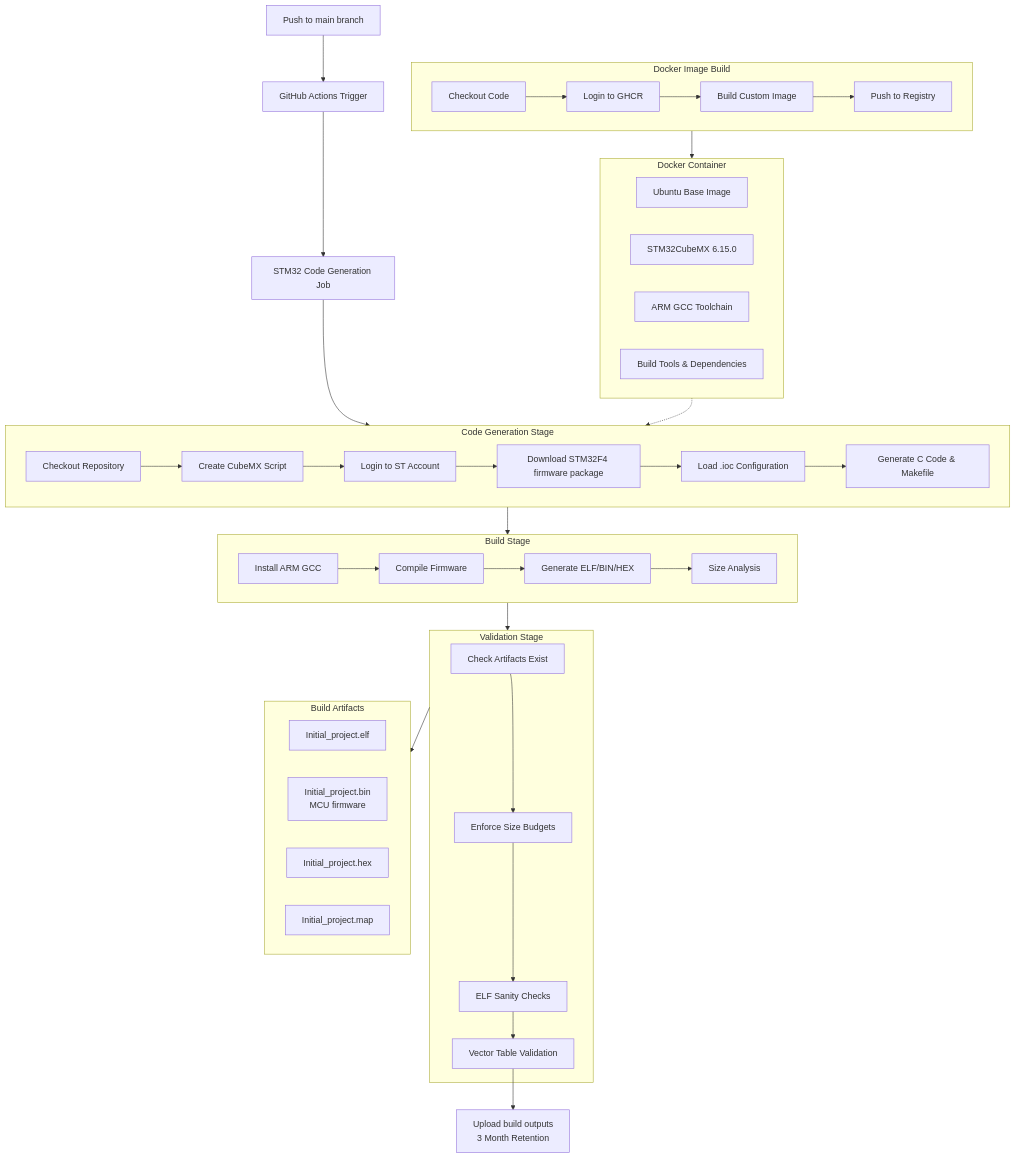
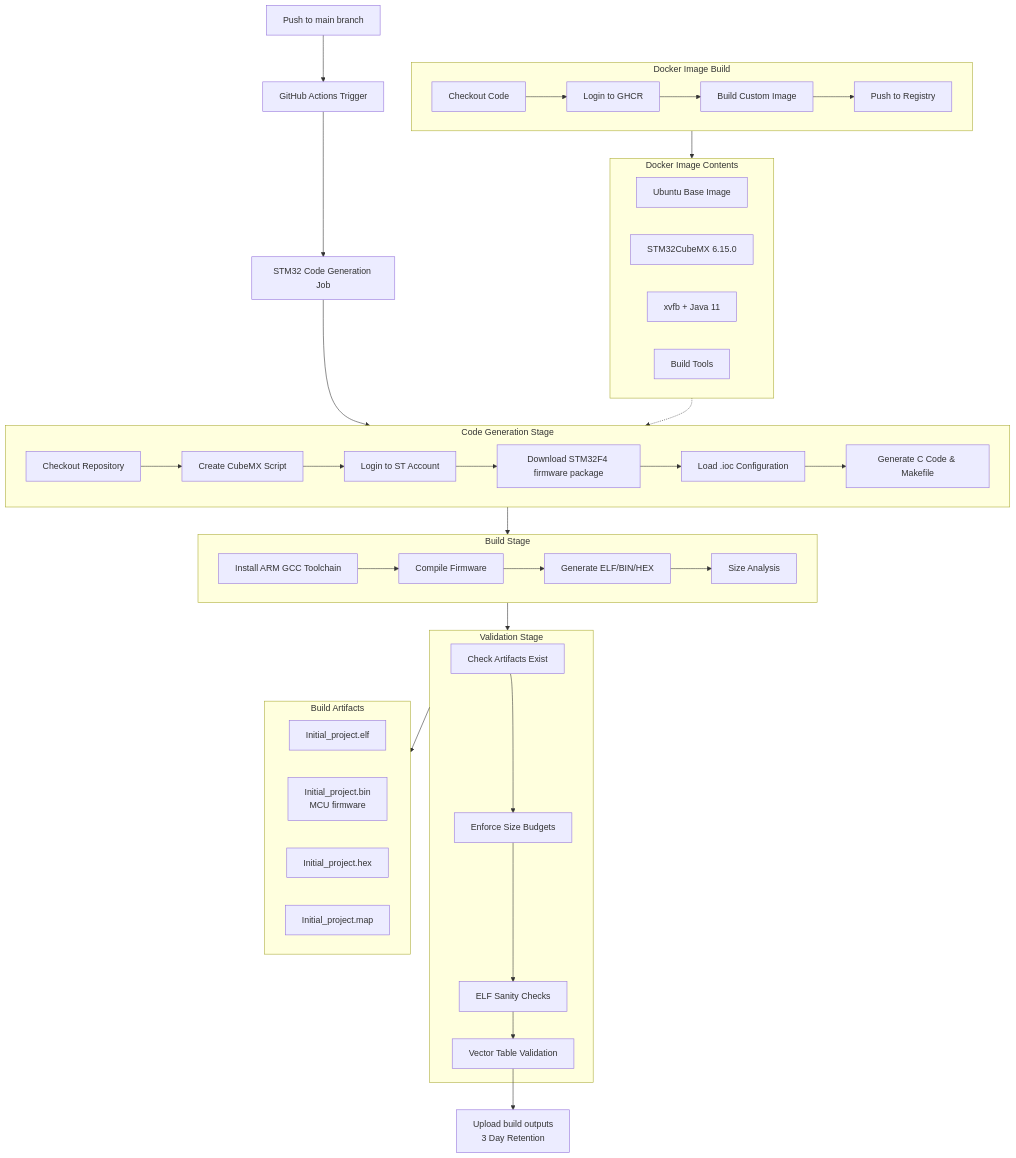
The diagram in .github/workflows/README.md (Torchikaii/STM32-AWS), drawn with Mermaid before and after one commit. The commit also changed other lines of this file and 1 other file, not shown here.

````diff
--- a/.github/workflows/README.md
+++ b/.github/workflows/README.md
@@ -9,55 +9,55 @@
 ```mermaid
 flowchart TD
     A[Push to main branch] --> B[GitHub Actions Trigger]
     B --> C[STM32 Code Generation Job]
     
     subgraph DOCKER["Docker Image Build"]
         D1[Checkout Code] --> D2[Login to GHCR]
         D2 --> D3[Build Custom Image]
         D3 --> D4[Push to Registry]
     end
     
     subgraph GENERATION["Code Generation Stage"]
         E[Checkout Repository] --> F[Create CubeMX Script]
         F --> G[Login to ST Account]
         G --> H[Download STM32F4 firmware package]
         H --> I[Load .ioc Configuration]
         I --> J[Generate C Code & Makefile]
     end
     
     subgraph BUILD["Build Stage"]
-        K[Install ARM GCC] --> L[Compile Firmware]
+        K[Install ARM GCC Toolchain] --> L[Compile Firmware]
         L --> M[Generate ELF/BIN/HEX]
         M --> N[Size Analysis]
     end
     
     subgraph VALIDATION["Validation Stage"]
         O[Check Artifacts Exist] --> P[Enforce Size Budgets]
         P --> Q[ELF Sanity Checks]
         Q --> R[Vector Table Validation]
     end
     
-    subgraph CONTAINER["Docker Container"]
+    subgraph CONTAINER["Docker Image Contents"]
         S[Ubuntu Base Image]
         T[STM32CubeMX 6.15.0]
-        U[ARM GCC Toolchain]
-        V[Build Tools & Dependencies]
+        U[xvfb + Java 11]
+        V[Build Tools]
     end
     
     subgraph ARTIFACTS["Build Artifacts"]
         W[Initial_project.elf]
         X[Initial_project.bin<br/>MCU firmware]
         Y[Initial_project.hex]
         Z[Initial_project.map]
     end
     
     C --> GENERATION
     GENERATION --> BUILD
     BUILD --> VALIDATION
     VALIDATION --> ARTIFACTS
     
     DOCKER --> CONTAINER
     CONTAINER -.-> GENERATION
     
-    R --> AA[Upload build outputs<br/>3 Month Retention]
+    R --> AA[Upload build outputs<br/>3 Day Retention]
 ```
````
